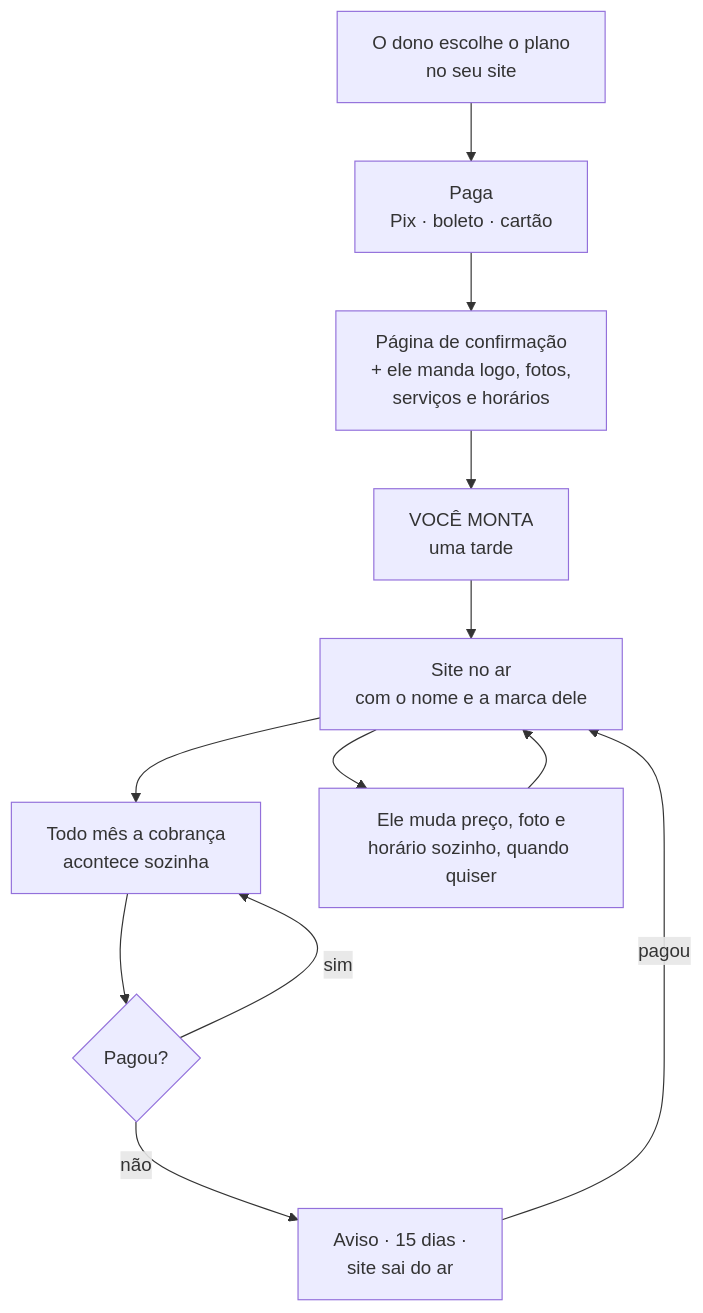
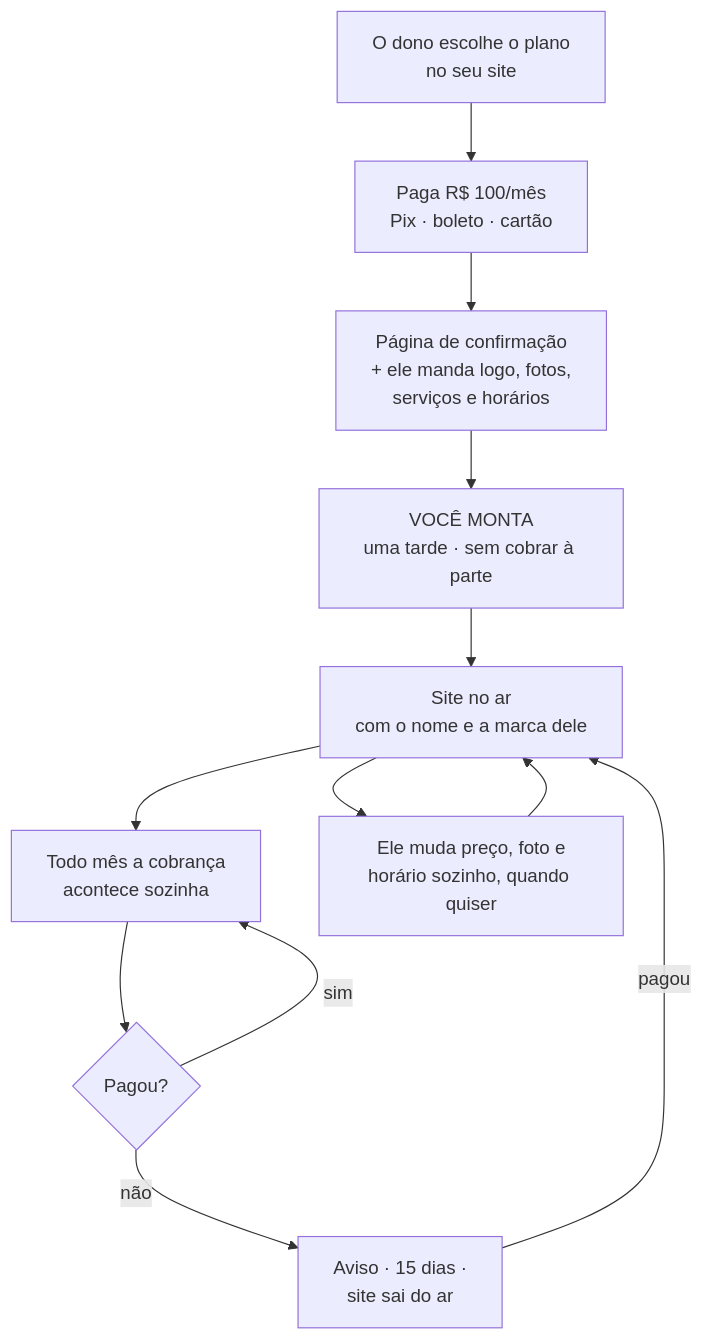
The diagram in docs/COMO-FUNCIONA.md (Alexandfdes/Barbearia), drawn with Mermaid before and after one commit. The commit also changed other lines of this file and 12 other files, not shown here.

````diff
--- a/docs/COMO-FUNCIONA.md
+++ b/docs/COMO-FUNCIONA.md
@@ -91,14 +111,14 @@
 ```mermaid
 flowchart TD
-    A["O dono escolhe o plano<br/>no seu site"] --> B["Paga<br/>Pix · boleto · cartão"]
+    A["O dono escolhe o plano<br/>no seu site"] --> B["Paga R$ 100/mês<br/>Pix · boleto · cartão"]
     B --> C["Página de confirmação<br/>+ ele manda logo, fotos,<br/>serviços e horários"]
-    C --> D["VOCÊ MONTA<br/>uma tarde"]
+    C --> D["VOCÊ MONTA<br/>uma tarde · sem cobrar à parte"]
     D --> E["Site no ar<br/>com o nome e a marca dele"]
     E --> F["Todo mês a cobrança<br/>acontece sozinha"]
     F --> G{"Pagou?"}
     G -->|sim| F
     G -->|não| H["Aviso · 15 dias ·<br/>site sai do ar"]
     H -->|pagou| E
     E --> I["Ele muda preço, foto e<br/>horário sozinho, quando quiser"]
     I --> E
 ```
````
